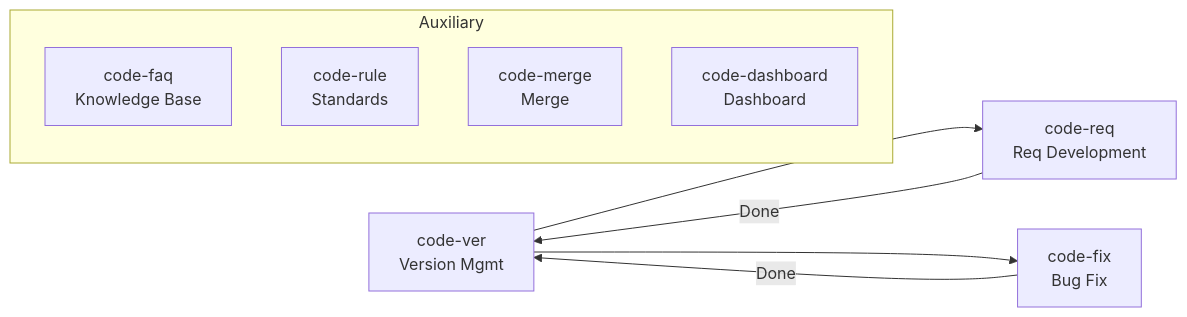
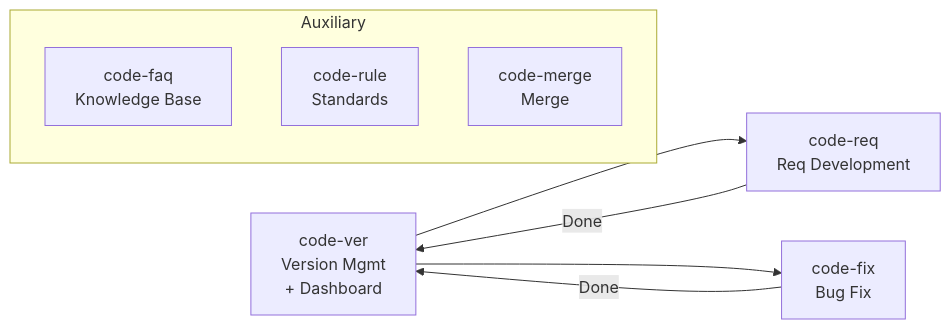
The diagram in plugins/code-skills/README.en.md (wm123450405/code-skills), drawn with Mermaid before and after one commit. The commit also changed other lines of this file and 14 other files, not shown here.

````diff
--- a/plugins/code-skills/README.en.md
+++ b/plugins/code-skills/README.en.md
@@ -74,15 +72,14 @@
 ```mermaid
 flowchart LR
-    CV[code-ver<br/>Version Mgmt] --> CR[code-req<br/>Req Development]
+    CV[code-ver<br/>Version Mgmt<br/>+ Dashboard] --> CR[code-req<br/>Req Development]
     CV --> CF[code-fix<br/>Bug Fix]
 
     CR -->|Done| CV
     CF -->|Done| CV
 
     subgraph Auxiliary
         CQ[code-faq<br/>Knowledge Base]
         CRL[code-rule<br/>Standards]
         CM[code-merge<br/>Merge]
-        CD[code-dashboard<br/>Dashboard]
     end
 ```
````
